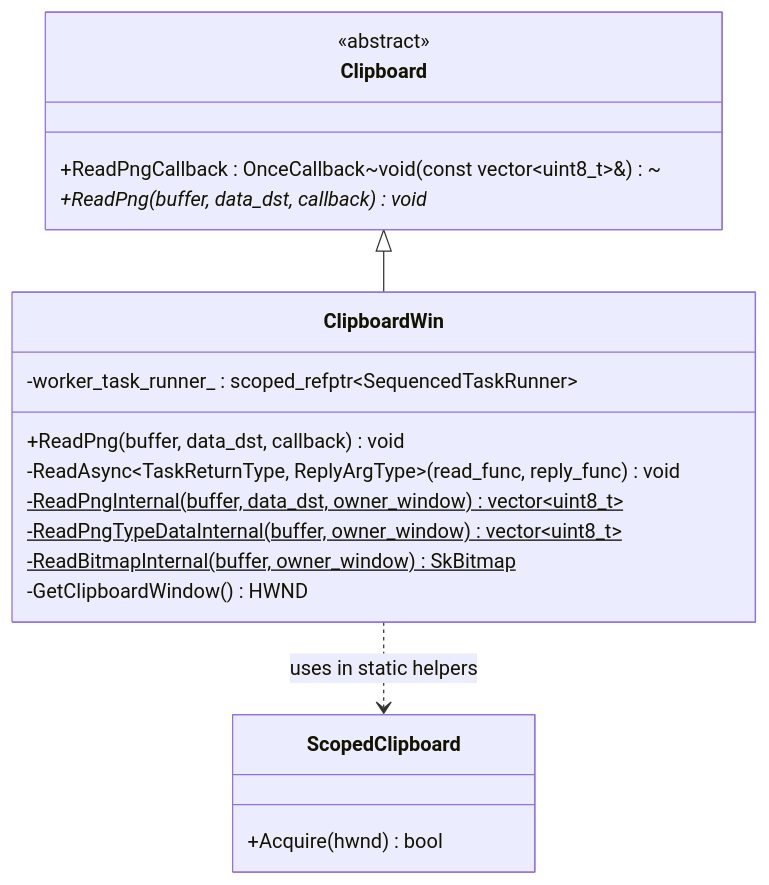
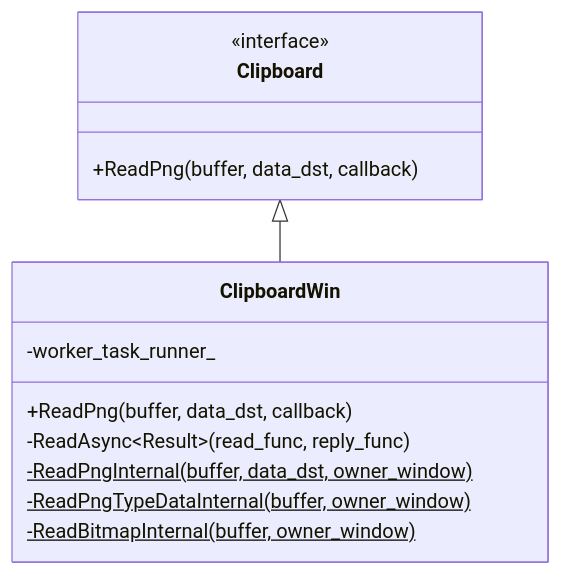
The ninth of 10 diagrams in fixes/cl-7578053-20260220/lld.md (roraja/cr-llm-docs), drawn with Mermaid before and after one commit. The commit also changed other lines of this file, not shown here.

````diff
--- a/fixes/cl-7578053-20260220/lld.md
+++ b/fixes/cl-7578053-20260220/lld.md
@@ -124,26 +512,18 @@
 ```mermaid
 classDiagram
     class Clipboard {
-        <<abstract>>
-        +ReadPngCallback : OnceCallback~void(const vector~uint8_t~&)~
-        +ReadPng(buffer, data_dst, callback)* void
+        <<interface>>
+        +ReadPng(buffer, data_dst, callback)
     }
 
     class ClipboardWin {
-        -worker_task_runner_ : scoped_refptr~SequencedTaskRunner~
-        +ReadPng(buffer, data_dst, callback) void
-        -ReadAsync~TaskReturnType, ReplyArgType~(read_func, reply_func) void
-        -ReadPngInternal(buffer, data_dst, owner_window)$ vector~uint8_t~
-        -ReadPngTypeDataInternal(buffer, owner_window)$ vector~uint8_t~
-        -ReadBitmapInternal(buffer, owner_window)$ SkBitmap
-        -GetClipboardWindow() HWND
+        -worker_task_runner_
+        +ReadPng(buffer, data_dst, callback)
+        -ReadAsync~Result~(read_func, reply_func)
+        -ReadPngInternal(buffer, data_dst, owner_window)$
+        -ReadPngTypeDataInternal(buffer, owner_window)$
+        -ReadBitmapInternal(buffer, owner_window)$
     }
 
     Clipboard <|-- ClipboardWin
-
-    class ScopedClipboard {
-        +Acquire(hwnd) bool
-    }
-
-    ClipboardWin ..> ScopedClipboard : uses in static helpers
 ```
````
